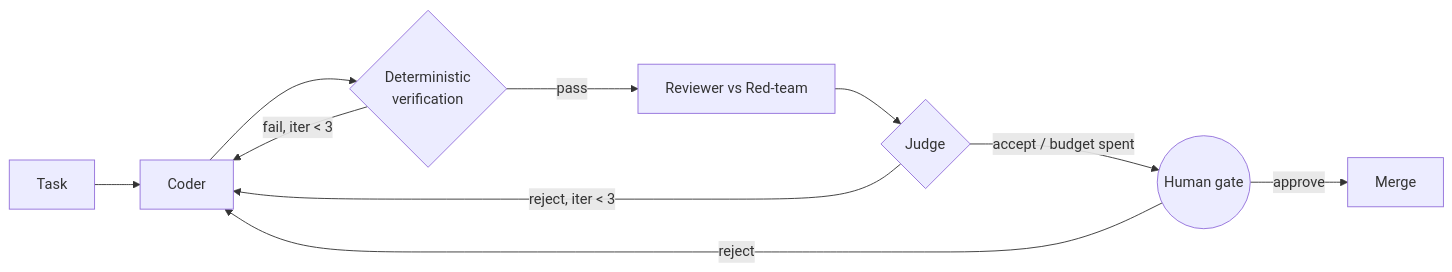
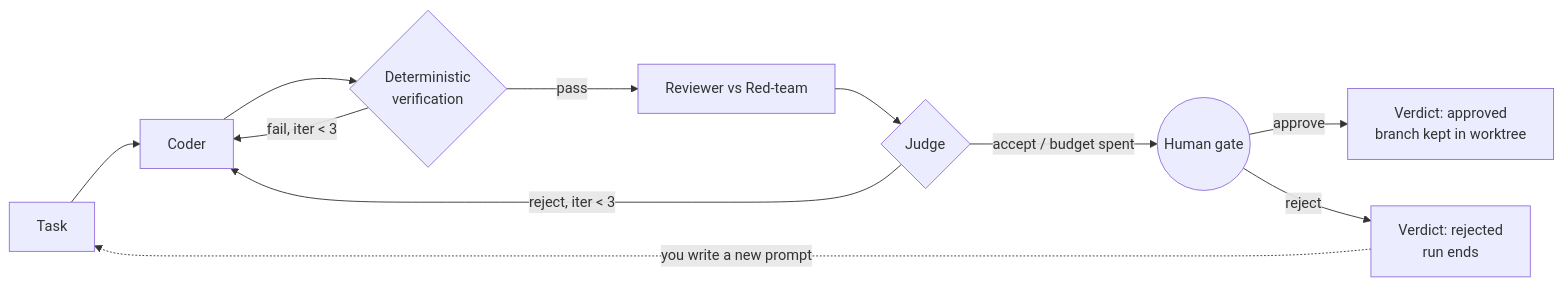
The first of 2 diagrams in README.md (RiMoMa/opencode-langgraph-loop), drawn with Mermaid before and after one commit. The commit also changed other lines of this file and 1 other file, not shown here.

Commit message:
Docs: reject ends the run; a new prompt starts a fresh one
Claude-Session: https://claude.ai/code/session_01Dmr8YMSLXsjYyodWzihTX4

````diff
--- a/README.md
+++ b/README.md
@@ -37,12 +37,13 @@
 ```mermaid
 flowchart LR
   A[Task] --> B[Coder]
   B --> C{Deterministic<br/>verification}
   C -- fail, iter &lt; 3 --> B
   C -- pass --> D[Reviewer vs Red-team]
   D --> E{Judge}
   E -- reject, iter &lt; 3 --> B
   E -- accept / budget spent --> F((Human gate))
-  F -- approve --> G[Merge]
-  F -- reject --> B
+  F -- approve --> G[Verdict: approved<br/>branch kept in worktree]
+  F -- reject --> H[Verdict: rejected<br/>run ends]
+  H -. you write a new prompt .-> A
 ```
````
